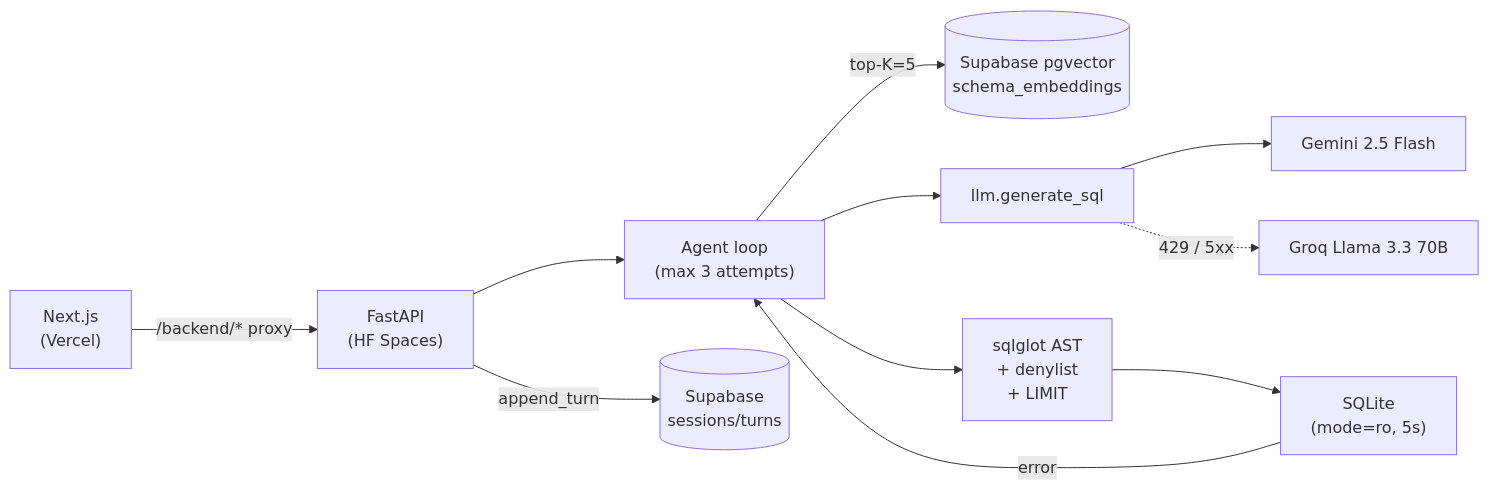
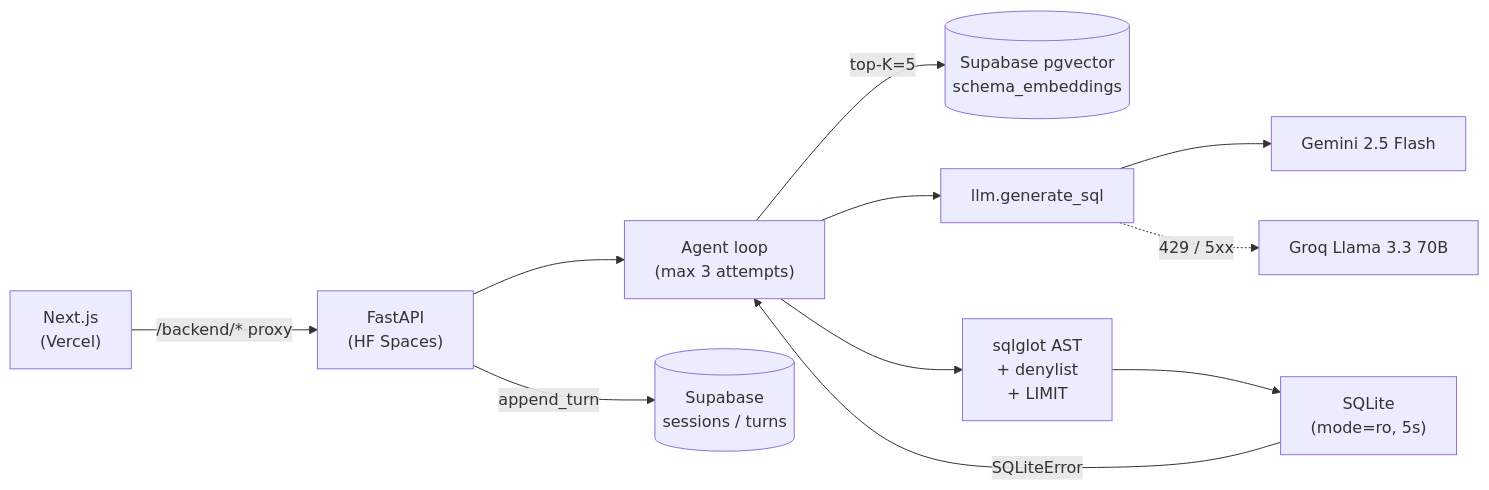
One commit to AryamannSingh7/querymancer changed the diagram in README.md. Above: the diagram before and after it, drawn with Mermaid. The commit also changed other lines of this file, not shown here.

````diff
--- a/README.md
+++ b/README.md
@@ -25,13 +44,13 @@
 ```mermaid
 flowchart LR
     UI["Next.js<br/>(Vercel)"] -- "/backend/* proxy" --> API["FastAPI<br/>(HF Spaces)"]
     API --> AGENT["Agent loop<br/>(max 3 attempts)"]
     AGENT -- "top-K=5" --> RAG[("Supabase pgvector<br/>schema_embeddings")]
     AGENT --> LLM["llm.generate_sql"]
     LLM --> GEM["Gemini 2.5 Flash"]
     LLM -. "429 / 5xx" .-> GROQ["Groq Llama 3.3 70B"]
     AGENT --> SAFE["sqlglot AST<br/>+ denylist<br/>+ LIMIT"]
     SAFE --> EXEC["SQLite<br/>(mode=ro, 5s)"]
-    EXEC -- "error" --> AGENT
-    API -- "append_turn" --> SESS[("Supabase<br/>sessions/turns")]
+    EXEC -- "SQLiteError" --> AGENT
+    API -- "append_turn" --> SESS[("Supabase<br/>sessions / turns")]
 ```
````
